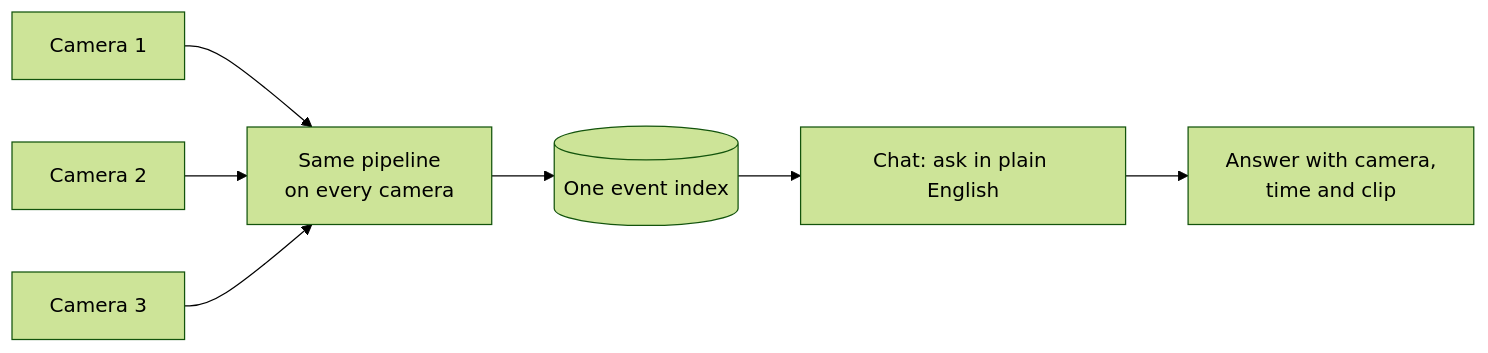
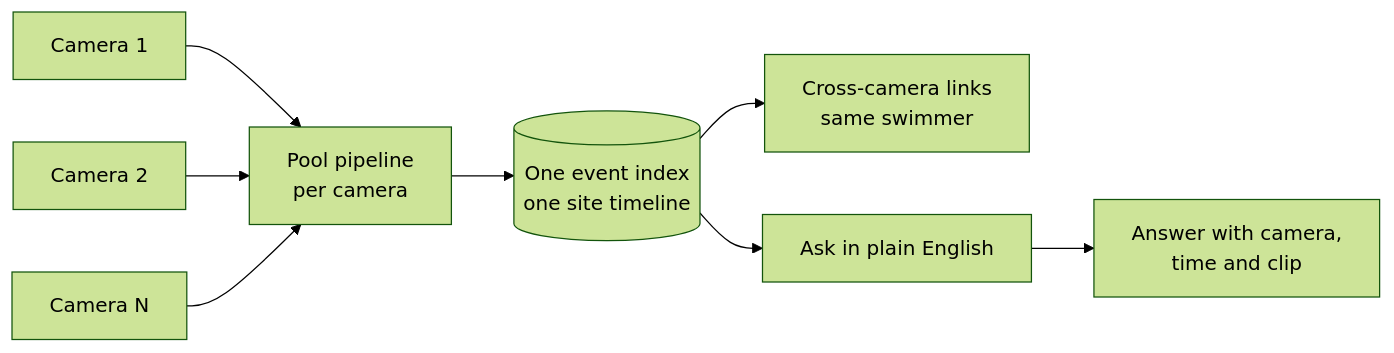
One commit to Lokeshraj2006/HexTech-AquaWatch changed the second of 3 diagrams in README.md. Above: the diagram before and after it, drawn with Mermaid (forest theme). The commit also changed other lines of this file and 9 other files, not shown here.

````diff
--- a/README.md
+++ b/README.md
@@ -37,9 +57,10 @@
 ```mermaid
 flowchart LR
-    C1["Camera 1"] --> P["Same pipeline<br/>on every camera"]
+    C1["Camera 1"] --> P["Pool pipeline<br/>per camera"]
     C2["Camera 2"] --> P
-    C3["Camera 3"] --> P
-    P --> I[("One event index")]
-    I --> Q["Chat: ask in plain English"]
-    Q --> Ans["Answer with camera,<br/>time and clip"]
+    C3["Camera N"] --> P
+    P --> IX[("One event index<br/>one site timeline")]
+    IX --> L["Cross-camera links<br/>same swimmer"]
+    IX --> Q["Ask in plain English"]
+    Q --> R["Answer with camera,<br/>time and clip"]
 ```
````
